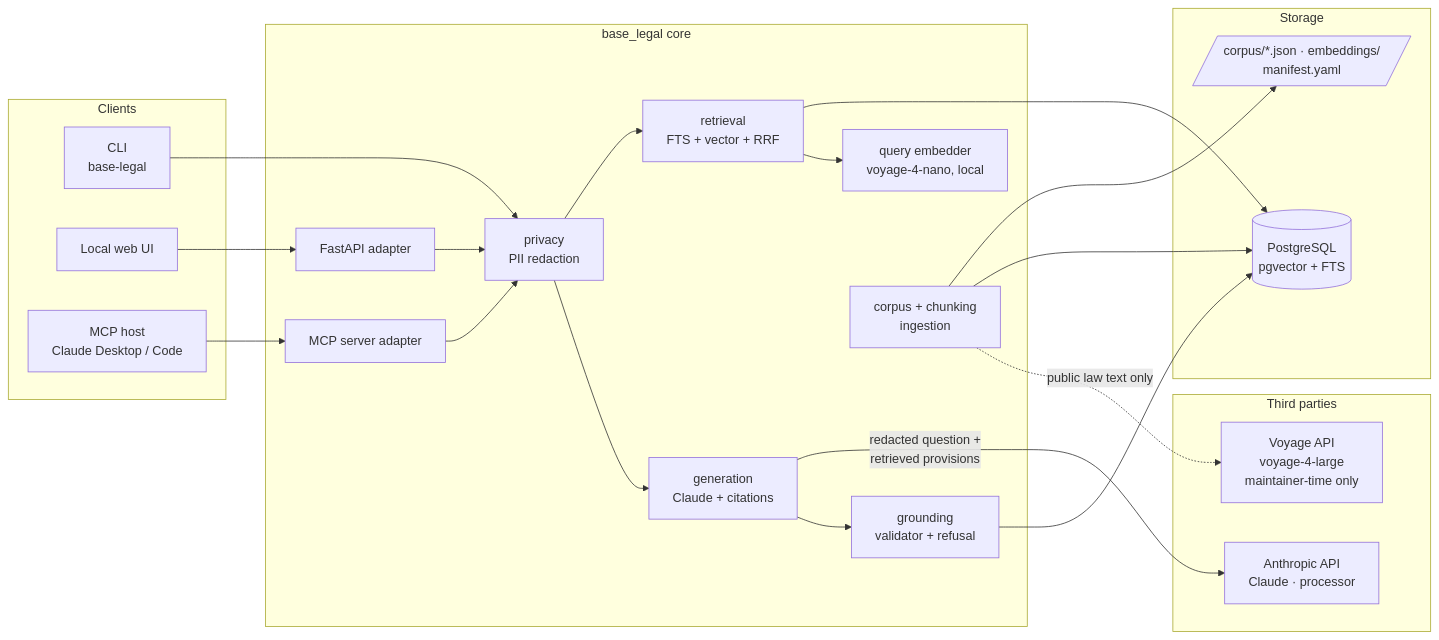
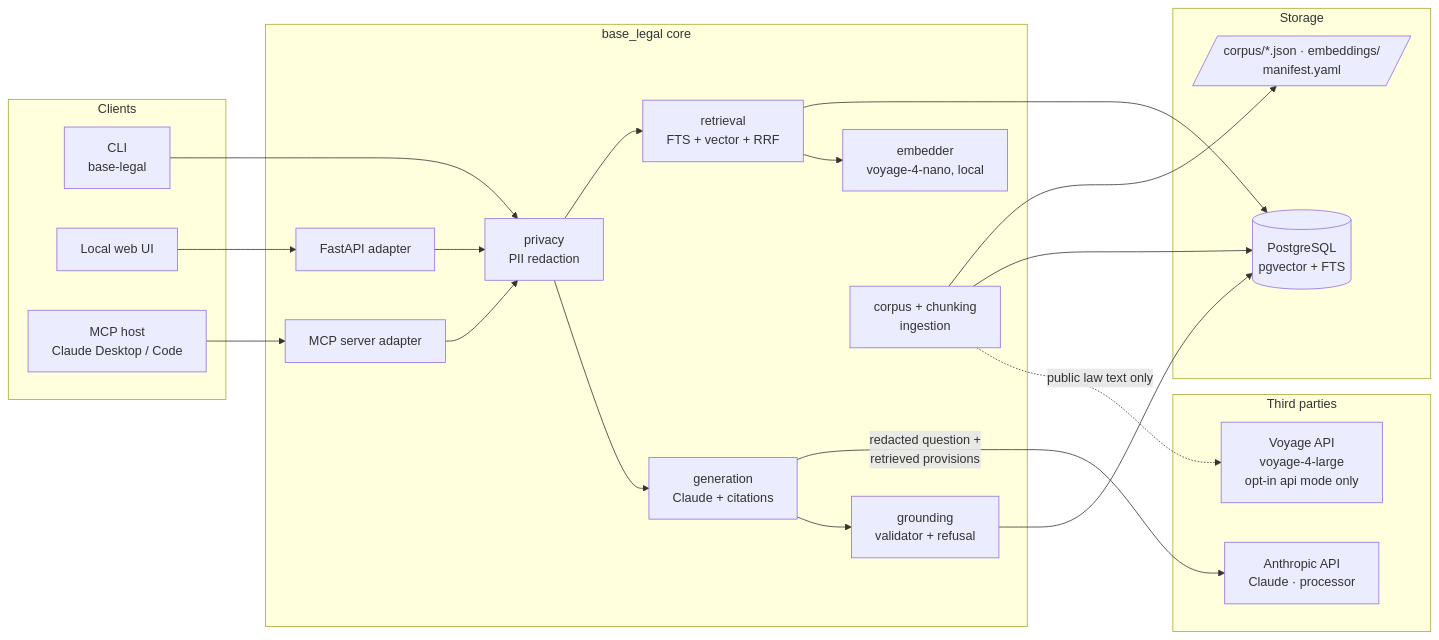
Before and after one commit to lucianocf/base-legal: the first of 4 diagrams in docs/ARCHITECTURE.md, drawn with Mermaid. The commit also changed other lines of this file and 11 other files, not shown here.

````diff
--- a/docs/ARCHITECTURE.md
+++ b/docs/ARCHITECTURE.md
@@ -10,40 +10,40 @@
 ```mermaid
 flowchart LR
     subgraph Clients
         CLI[CLI<br/>base-legal]
         UI[Local web UI]
         MCPH[MCP host<br/>Claude Desktop / Code]
     end
 
     subgraph base_legal[base_legal core]
         API[FastAPI adapter]
         MCP[MCP server adapter]
         PRIV[privacy<br/>PII redaction]
         RET[retrieval<br/>FTS + vector + RRF]
-        NANO[query embedder<br/>voyage-4-nano, local]
+        NANO[embedder<br/>voyage-4-nano, local]
         GEN[generation<br/>Claude + citations]
         GRD[grounding<br/>validator + refusal]
         ING[corpus + chunking<br/>ingestion]
     end
 
     subgraph Storage
         PG[(PostgreSQL<br/>pgvector + FTS)]
         CORPUS[/corpus/*.json · embeddings/<br/>manifest.yaml/]
     end
 
     subgraph Third_parties[Third parties]
-        VOY[Voyage API<br/>voyage-4-large<br/>maintainer-time only]
+        VOY[Voyage API<br/>voyage-4-large<br/>opt-in api mode only]
         ANT[Anthropic API<br/>Claude · processor]
     end
 
     CLI --> PRIV
     UI --> API --> PRIV
     MCPH --> MCP --> PRIV
     PRIV --> RET --> PG
     RET --> NANO
     PRIV --> GEN -- redacted question +<br/>retrieved provisions --> ANT
     GEN --> GRD --> PG
     ING --> CORPUS
     ING --> PG
     ING -. public law text only .-> VOY
 ```
````
